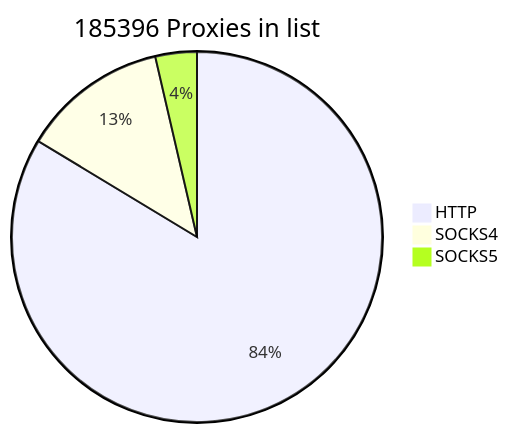
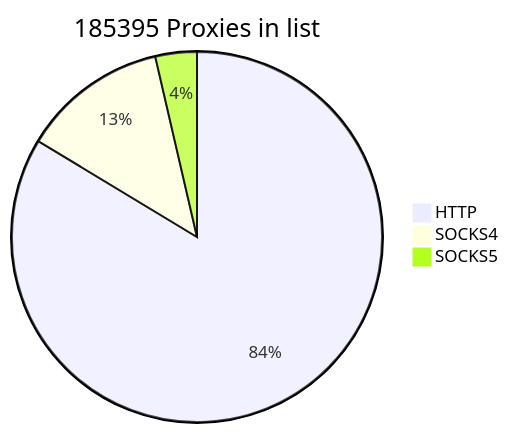
One commit to cutipu/proxylist changed the first of 2 diagrams in README.md. Above: the diagram before and after it, drawn with Mermaid. The commit also changed other lines of this file, not shown here.

````diff
--- a/README.md
+++ b/README.md
@@ -2,7 +2,7 @@
 ```mermaid
-pie title 185396 Proxies in list
-    "HTTP" : 155083
+pie title 185395 Proxies in list
+    "HTTP" : 155082
     "SOCKS4" : 23598
     "SOCKS5" : 6715
             
 ```
````
